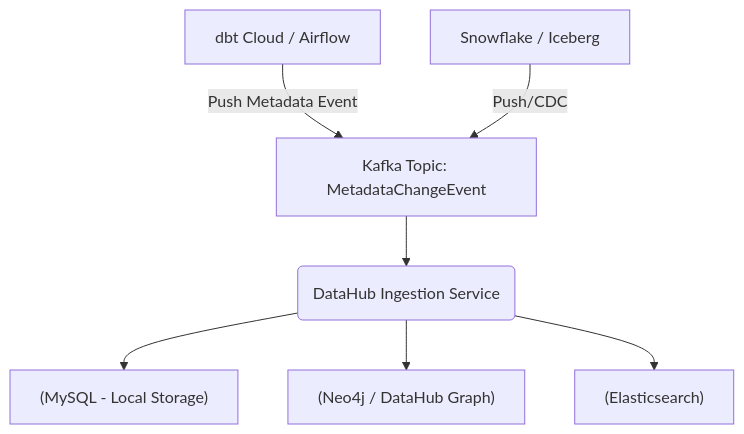
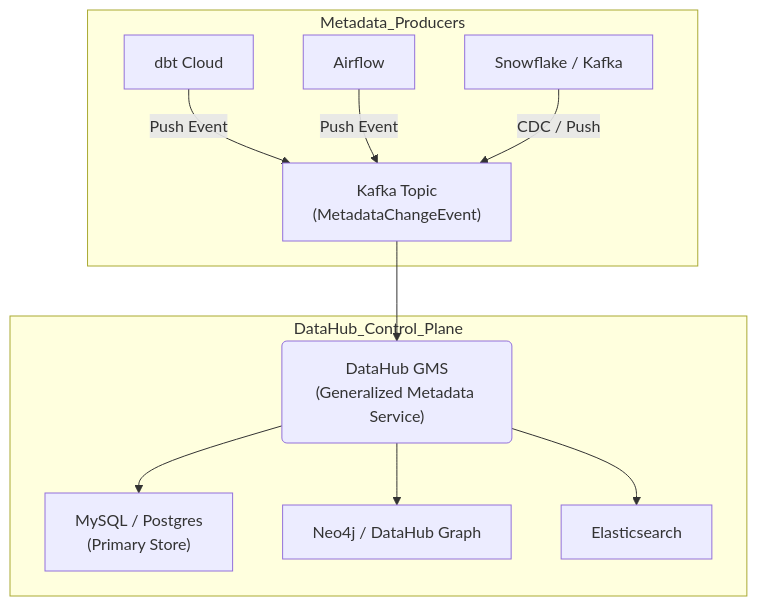
Before and after one commit to kythuatdulieu/kythuatdulieu.github.io: the second of 2 diagrams in src/content/docs/concepts/8-security-governance-finops/data-catalog.md, drawn with Mermaid. The commit also changed other lines of this file and 228 other files, not shown here.

Commit message:
Fix syntax and rewrite 200+ concepts docs to deep-dive system architecture and add GA4 tracking to quiz app

````diff
--- a/src/content/docs/concepts/8-security-governance-finops/data-catalog.md
+++ b/src/content/docs/concepts/8-security-governance-finops/data-catalog.md
@@ -54,9 +68,22 @@
 ```mermaid
 graph TD
-    A["dbt Cloud / Airflow"] -->|Push Metadata Event| K["Kafka Topic: MetadataChangeEvent"]
-    B["Snowflake / Iceberg"] -->|Push/CDC| K
-    K --> C("DataHub Ingestion Service")
-    C --> D["(MySQL - Local Storage)"]
-    C --> E["(Neo4j / DataHub Graph)"]
-    C --> F["(Elasticsearch)"]
+    subgraph Metadata_Producers
+        A["dbt Cloud"] -->|Push Event| K
+        B["Airflow"] -->|Push Event| K
+        C["Snowflake / Kafka"] -->|CDC / Push| K
+    end
+    
+    K["Kafka Topic\n(MetadataChangeEvent)"]
+    
+    subgraph DataHub_Control_Plane
+        D("DataHub GMS\n(Generalized Metadata Service)")
+        E["MySQL / Postgres\n(Primary Store)"]
+        F["Neo4j / DataHub Graph"]
+        G["Elasticsearch"]
+    end
+    
+    K --> D
+    D --> E
+    D --> F
+    D --> G
 ```
````
